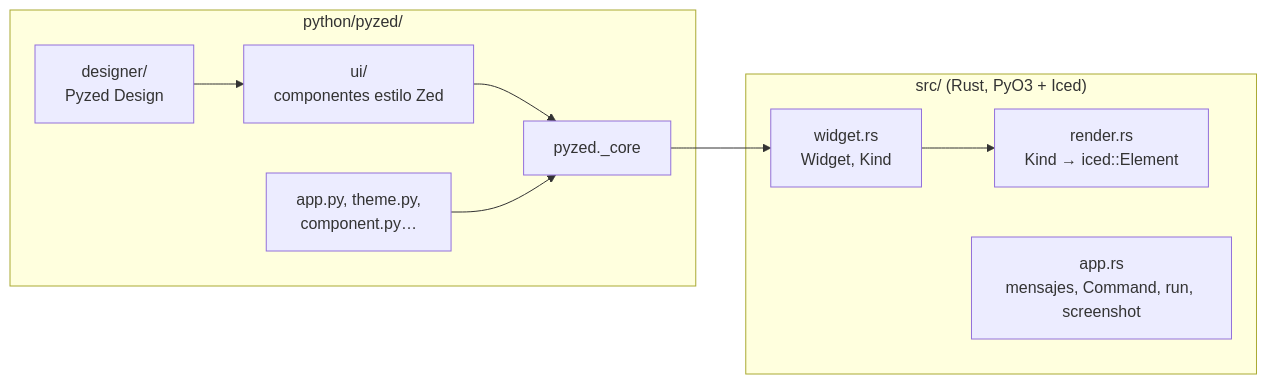
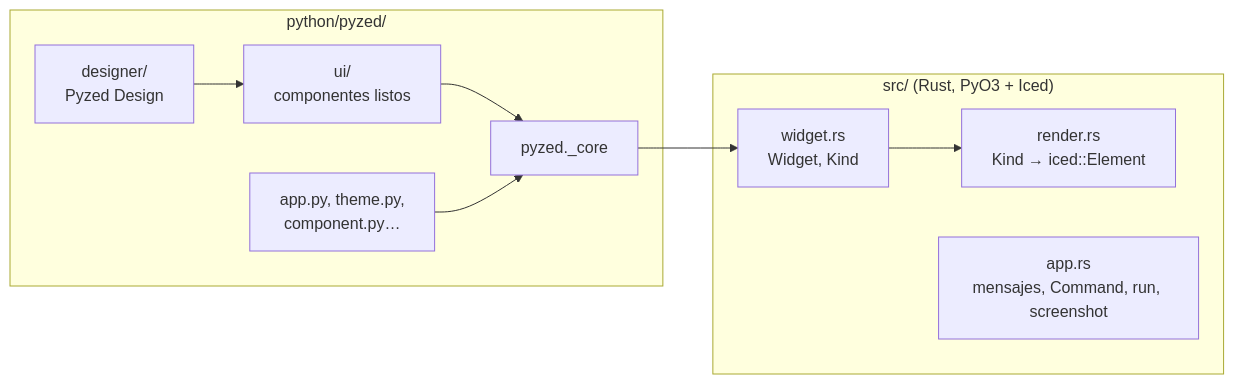
The diagram in docs/src/content/docs/es/contributing/index.md (albakore/pyzed), drawn with Mermaid before and after one commit. The commit also changed 163 other files, not shown here.

````diff
--- a/docs/src/content/docs/es/contributing/index.md
+++ b/docs/src/content/docs/es/contributing/index.md
@@ -90,13 +90,13 @@
 ```mermaid
 flowchart LR
     subgraph RS["src/ (Rust, PyO3 + Iced)"]
         W["widget.rs<br/>Widget, Kind"] --> R["render.rs<br/>Kind → iced::Element"]
         A["app.rs<br/>mensajes, Command, run, screenshot"]
     end
     subgraph PY["python/pyzed/"]
-        UI["ui/<br/>componentes estilo Zed"] --> CORE["pyzed._core"]
+        UI["ui/<br/>componentes listos"] --> CORE["pyzed._core"]
         D["designer/<br/>Pyzed Design"] --> UI
         APP["app.py, theme.py,<br/>component.py…"] --> CORE
     end
     CORE --> W
 ```
````
